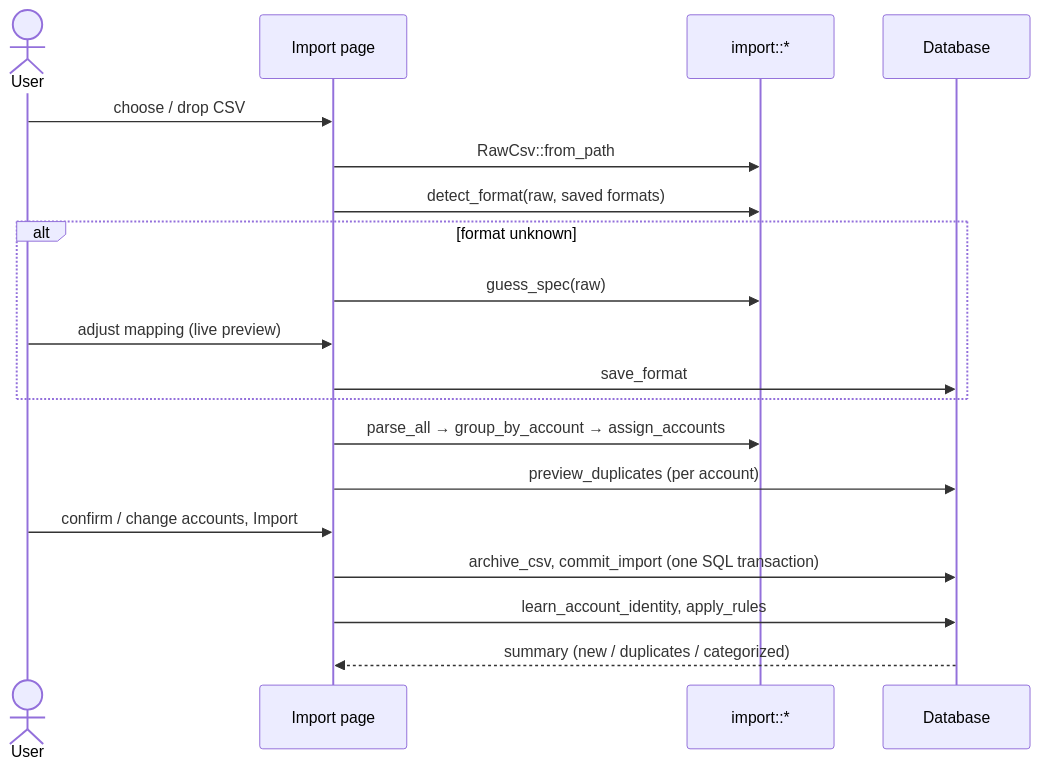
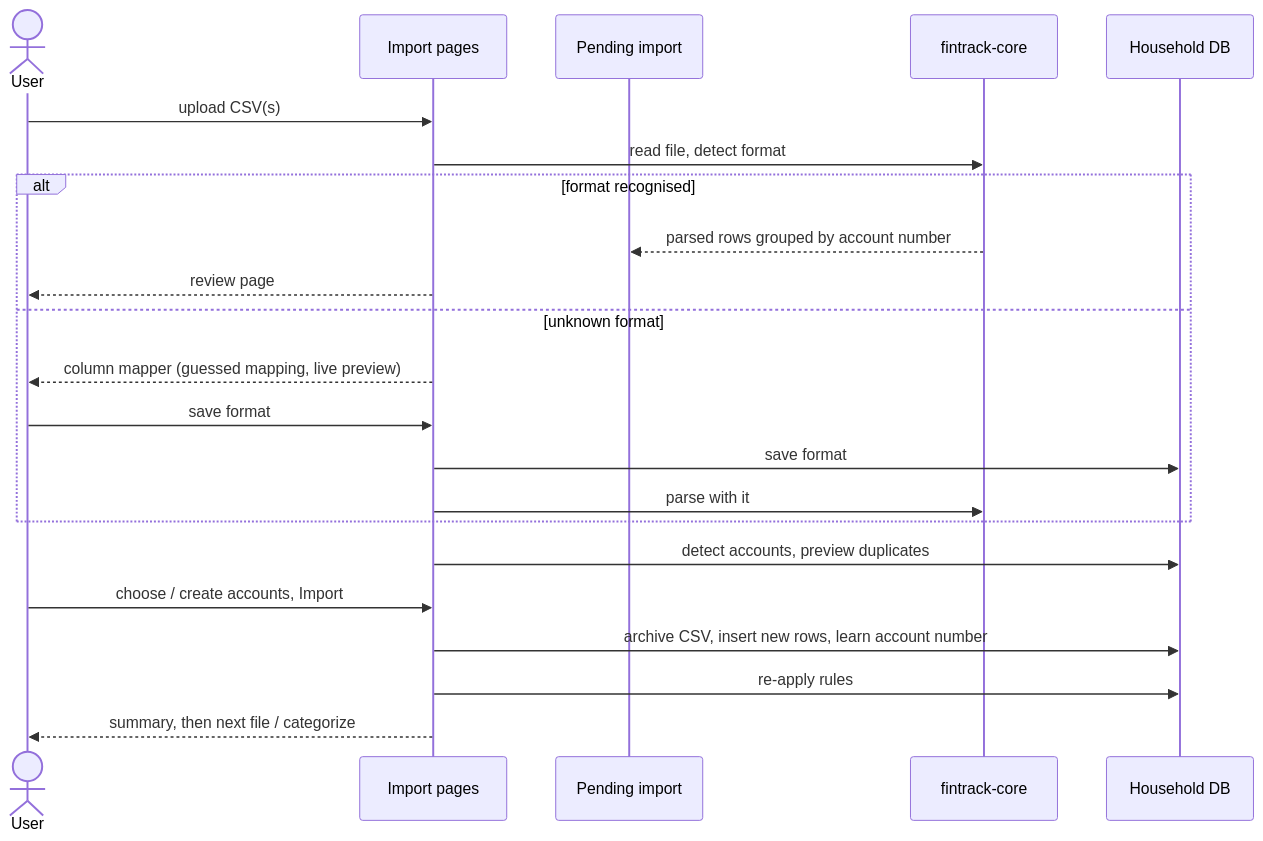
Before and after one commit to njneeteson/rs-fintrack-vibes: the second of 2 diagrams in README.md, drawn with Mermaid. The commit also changed other lines of this file and 247 other files, not shown here.

````diff
--- a/README.md
+++ b/README.md
@@ -241,21 +303,24 @@
 ```mermaid
 sequenceDiagram
     actor U as User
-    participant IP as Import page
-    participant IM as import::*
-    participant DB as Database
-    U->>IP: choose / drop CSV
-    IP->>IM: RawCsv::from_path
-    IP->>IM: detect_format(raw, saved formats)
-    alt format unknown
-        IP->>IM: guess_spec(raw)
-        U->>IP: adjust mapping (live preview)
-        IP->>DB: save_format
+    participant W as Import pages
+    participant P as Pending import
+    participant C as fintrack-core
+    participant D as Household DB
+    U->>W: upload CSV(s)
+    W->>C: read file, detect format
+    alt format recognised
+        C-->>P: parsed rows grouped by account number
+        W-->>U: review page
+    else unknown format
+        W-->>U: column mapper (guessed mapping, live preview)
+        U->>W: save format
+        W->>D: save format
+        W->>C: parse with it
     end
-    IP->>IM: parse_all → group_by_account → assign_accounts
-    IP->>DB: preview_duplicates (per account)
-    U->>IP: confirm / change accounts, Import
-    IP->>DB: archive_csv, commit_import (one SQL transaction)
-    IP->>DB: learn_account_identity, apply_rules
-    DB-->>IP: summary (new / duplicates / categorized)
+    W->>D: detect accounts, preview duplicates
+    U->>W: choose / create accounts, Import
+    W->>D: archive CSV, insert new rows, learn account number
+    W->>D: re-apply rules
+    W-->>U: summary, then next file / categorize
 ```
````
